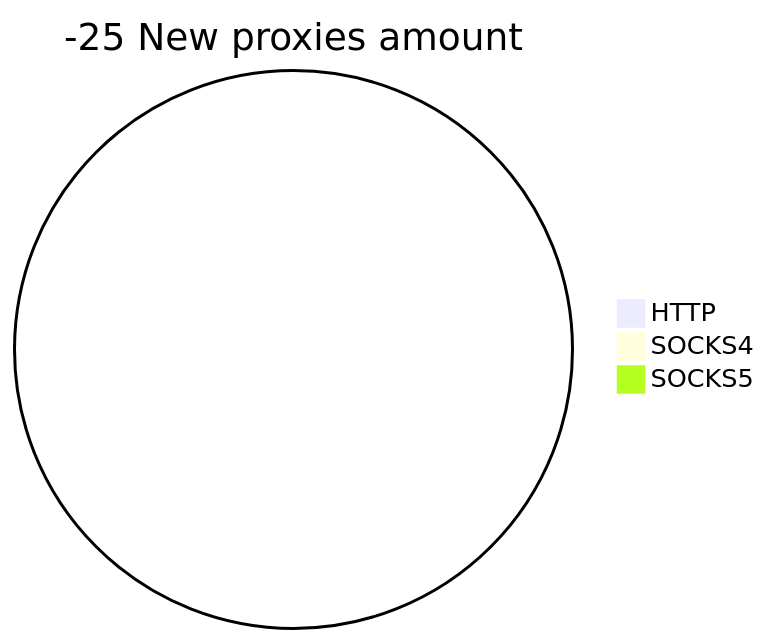
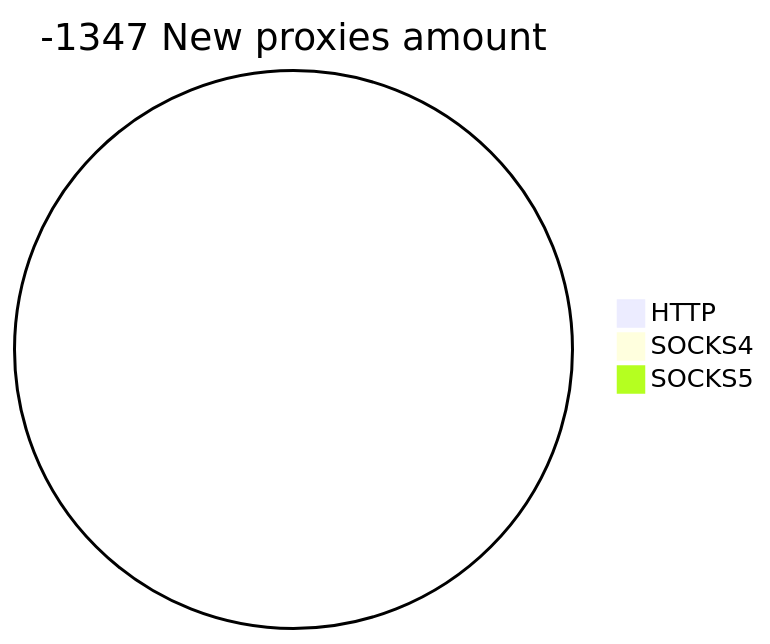
The second of 2 diagrams in README.md (cutipu/proxylist), drawn with Mermaid before and after one commit. The commit also changed other lines of this file, not shown here.

````diff
--- a/README.md
+++ b/README.md
@@ -10,6 +10,6 @@
 ```mermaid
-pie title -25 New proxies amount
+pie title -1347 New proxies amount
     "HTTP" : 0
     "SOCKS4" : 0
     "SOCKS5" : 0
 ```
````
